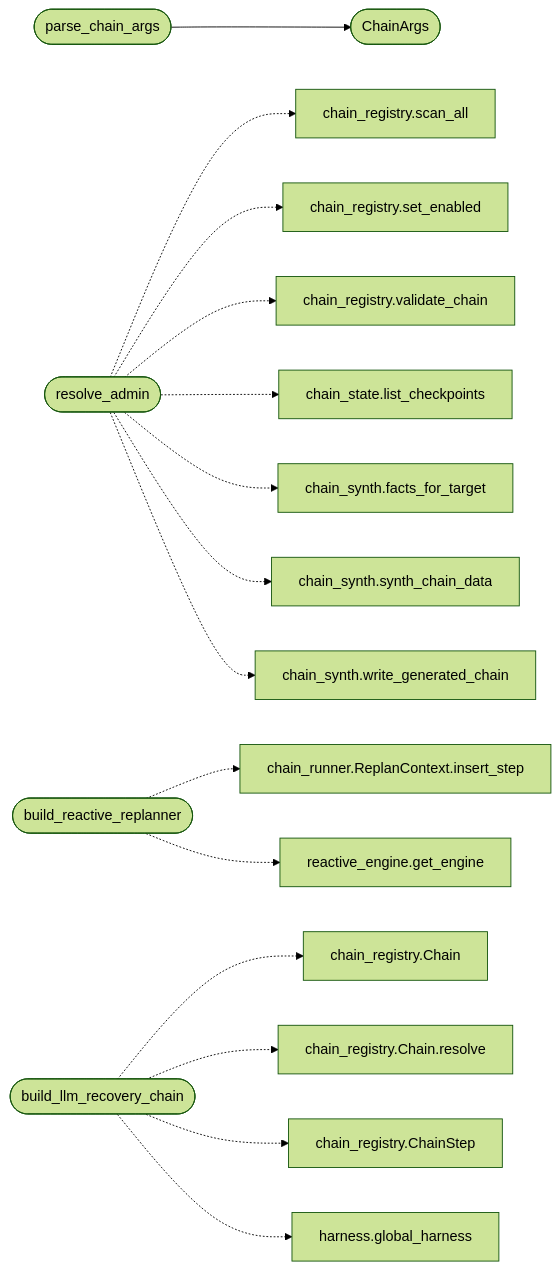
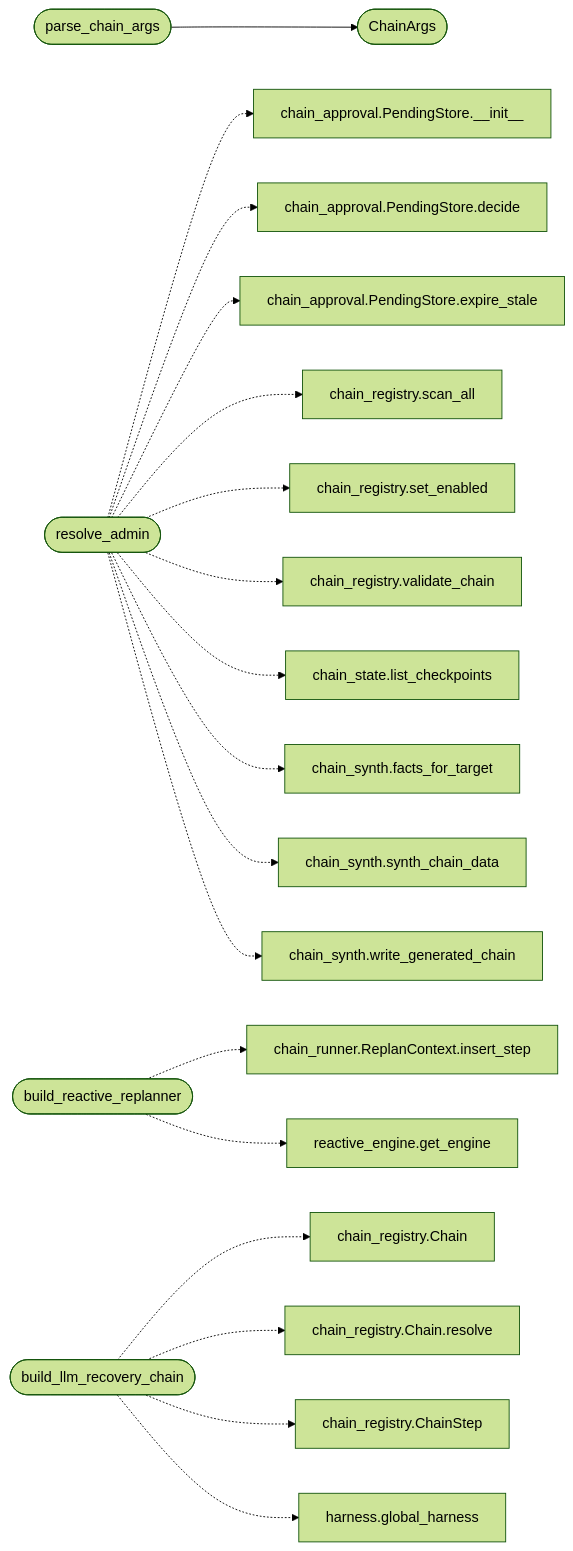
The diagram in readmenator-apidocs/modules/cli.apt_chain_support.py.md (grisuno/LazyOwn), drawn with Mermaid (forest theme) before and after one commit. The commit also changed other lines of this file and 415 other files, not shown here.

````diff
--- a/readmenator-apidocs/modules/cli.apt_chain_support.py.md
+++ b/readmenator-apidocs/modules/cli.apt_chain_support.py.md
@@ -21,35 +21,41 @@
 ```mermaid
 flowchart LR
     n_cli_apt_chain_support_py__parse_chain_args(["parse_chain_args"])
     n_cli_apt_chain_support_py__ChainArgs(["ChainArgs"])
     n_cli_apt_chain_support_py__resolve_admin(["resolve_admin"])
+    n_modules_chain_approval_py__PendingStore___init__["chain_approval.PendingStore.__init__"]
+    n_modules_chain_approval_py__PendingStore_decide["chain_approval.PendingStore.decide"]
+    n_modules_chain_approval_py__PendingStore_expire_stale["chain_approval.PendingStore.expire_stale"]
     n_modules_chain_registry_py__scan_all["chain_registry.scan_all"]
     n_modules_chain_registry_py__set_enabled["chain_registry.set_enabled"]
     n_modules_chain_registry_py__validate_chain["chain_registry.validate_chain"]
     n_modules_chain_state_py__list_checkpoints["chain_state.list_checkpoints"]
     n_modules_chain_synth_py__facts_for_target["chain_synth.facts_for_target"]
     n_modules_chain_synth_py__synth_chain_data["chain_synth.synth_chain_data"]
     n_modules_chain_synth_py__write_generated_chain["chain_synth.write_generated_chain"]
     n_cli_apt_chain_support_py__build_reactive_replanner(["build_reactive_replanner"])
     n_modules_chain_runner_py__ReplanContext_insert_step["chain_runner.ReplanContext.insert_step"]
     n_modules_reactive_engine_py__get_engine["reactive_engine.get_engine"]
     n_cli_apt_chain_support_py__build_llm_recovery_chain(["build_llm_recovery_chain"])
     n_modules_chain_registry_py__Chain["chain_registry.Chain"]
     n_modules_chain_registry_py__Chain_resolve["chain_registry.Chain.resolve"]
     n_modules_chain_registry_py__ChainStep["chain_registry.ChainStep"]
     n_modules_guardrails_harness_py__global_harness["harness.global_harness"]
     n_cli_apt_chain_support_py__parse_chain_args --> n_cli_apt_chain_support_py__ChainArgs
+    n_cli_apt_chain_support_py__resolve_admin -.-> n_modules_chain_approval_py__PendingStore___init__
+    n_cli_apt_chain_support_py__resolve_admin -.-> n_modules_chain_approval_py__PendingStore_decide
+    n_cli_apt_chain_support_py__resolve_admin -.-> n_modules_chain_approval_py__PendingStore_expire_stale
     n_cli_apt_chain_support_py__resolve_admin -.-> n_modules_chain_registry_py__scan_all
     n_cli_apt_chain_support_py__resolve_admin -.-> n_modules_chain_registry_py__set_enabled
     n_cli_apt_chain_support_py__resolve_admin -.-> n_modules_chain_registry_py__validate_chain
     n_cli_apt_chain_support_py__resolve_admin -.-> n_modules_chain_state_py__list_checkpoints
     n_cli_apt_chain_support_py__resolve_admin -.-> n_modules_chain_synth_py__facts_for_target
     n_cli_apt_chain_support_py__resolve_admin -.-> n_modules_chain_synth_py__synth_chain_data
     n_cli_apt_chain_support_py__resolve_admin -.-> n_modules_chain_synth_py__write_generated_chain
     n_cli_apt_chain_support_py__build_reactive_replanner -.-> n_modules_chain_runner_py__ReplanContext_insert_step
     n_cli_apt_chain_support_py__build_reactive_replanner -.-> n_modules_reactive_engine_py__get_engine
     n_cli_apt_chain_support_py__build_llm_recovery_chain -.-> n_modules_chain_registry_py__Chain
     n_cli_apt_chain_support_py__build_llm_recovery_chain -.-> n_modules_chain_registry_py__Chain_resolve
     n_cli_apt_chain_support_py__build_llm_recovery_chain -.-> n_modules_chain_registry_py__ChainStep
     n_cli_apt_chain_support_py__build_llm_recovery_chain -.-> n_modules_guardrails_harness_py__global_harness
 ```
````
